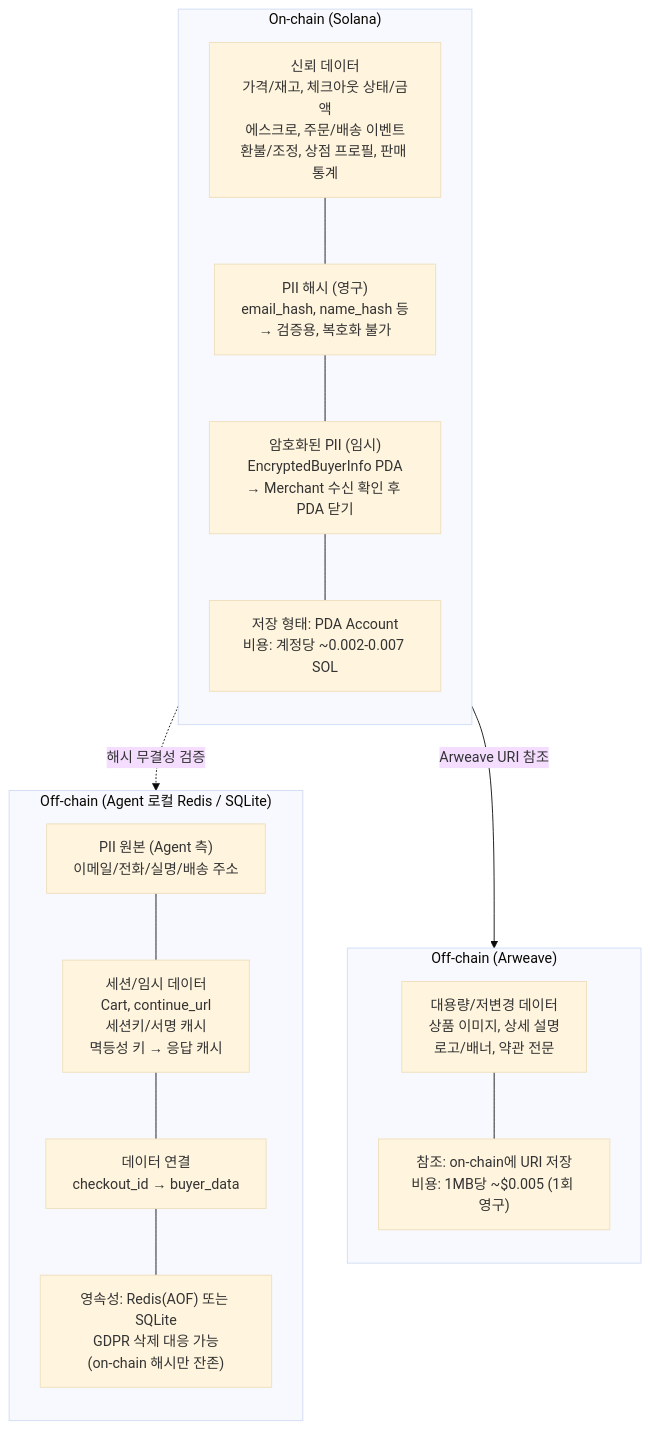
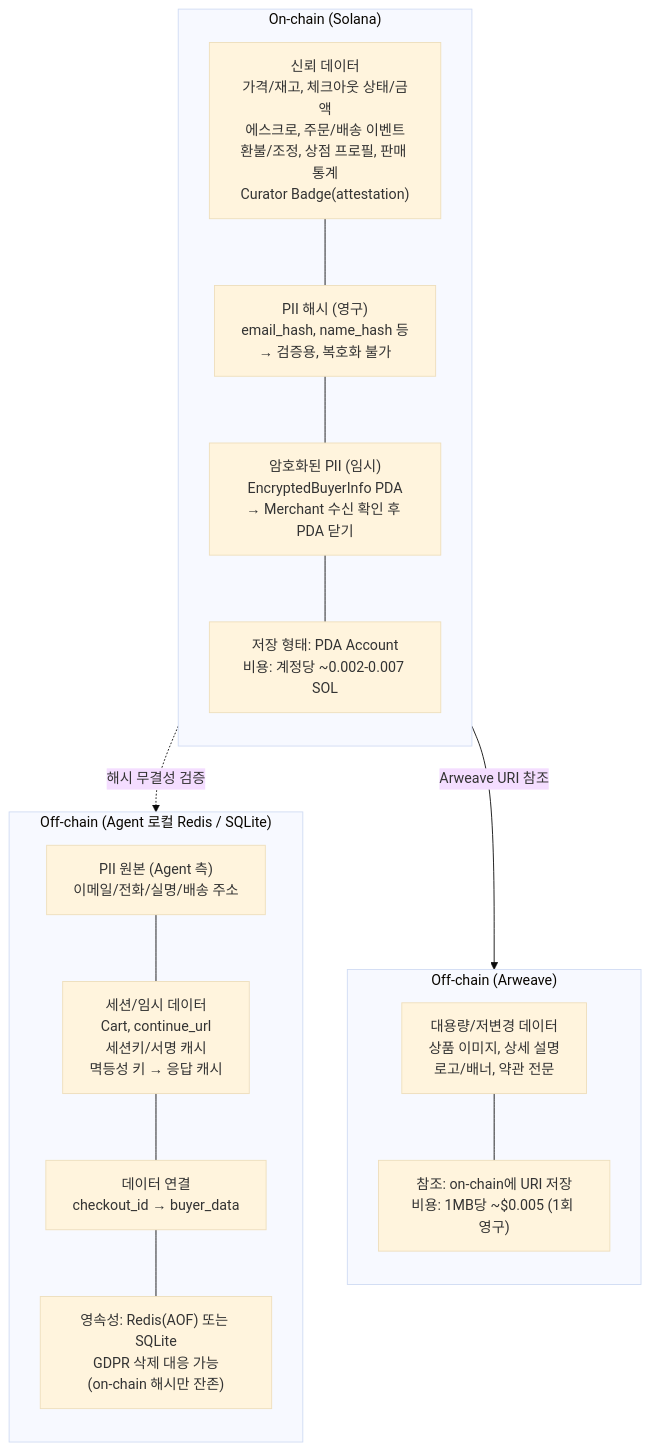
One commit to hayden-02055/interlude changed the first of 5 diagrams in docs/02-data-mapping.md. Above: the diagram before and after it, drawn with Mermaid (base theme). The commit also changed other lines of this file and 9 other files, not shown here.

````diff
--- a/docs/02-data-mapping.md
+++ b/docs/02-data-mapping.md
@@ -28,31 +29,31 @@
 ```mermaid
 flowchart TB
   subgraph OC["On-chain (Solana)"]
     direction TB
-    OC1["신뢰 데이터<br/>가격/재고, 체크아웃 상태/금액<br/>에스크로, 주문/배송 이벤트<br/>환불/조정, 상점 프로필, 판매 통계"]
+    OC1["신뢰 데이터<br/>가격/재고, 체크아웃 상태/금액<br/>에스크로, 주문/배송 이벤트<br/>환불/조정, 상점 프로필, 판매 통계<br/>Curator Badge(attestation)"]
     OC2["PII 해시 (영구)<br/>email_hash, name_hash 등<br/>→ 검증용, 복호화 불가"]
     OC3["암호화된 PII (임시)<br/>EncryptedBuyerInfo PDA<br/>→ Merchant 수신 확인 후 PDA 닫기"]
     OC4["저장 형태: PDA Account<br/>비용: 계정당 ~0.002-0.007 SOL"]
     OC1 --- OC2 --- OC3 --- OC4
   end
 
   OC4 -->|"Arweave URI 참조"| AR1
 
   subgraph AR["Off-chain (Arweave)"]
     direction TB
     AR1["대용량/저변경 데이터<br/>상품 이미지, 상세 설명<br/>로고/배너, 약관 전문"]
     AR2["참조: on-chain에 URI 저장<br/>비용: 1MB당 ~$0.005 (1회 영구)"]
     AR1 --- AR2
   end
 
   OC2 -.->|"해시 무결성 검증"| DB3
 
   subgraph DB["Off-chain (Agent 로컬 Redis / SQLite)"]
     direction TB
     DB1["PII 원본 (Agent 측)<br/>이메일/전화/실명/배송 주소"]
     DB2["세션/임시 데이터<br/>Cart, continue_url<br/>세션키/서명 캐시<br/>멱등성 키 → 응답 캐시"]
     DB3["데이터 연결<br/>checkout_id → buyer_data"]
     DB4["영속성: Redis(AOF) 또는 SQLite<br/>GDPR 삭제 대응 가능<br/>(on-chain 해시만 잔존)"]
     DB1 --- DB2 --- DB3 --- DB4
   end
 ```
````
